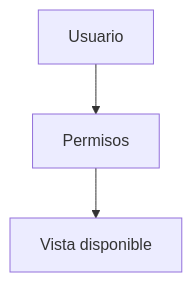
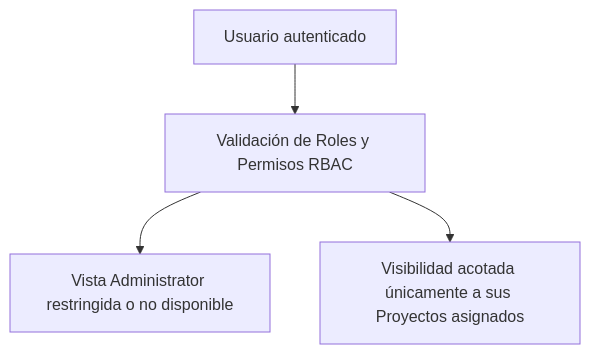
One commit to ieftraining/curso-openshift changed the sixth of 7 diagrams in docs/sesion1/1.6 Consola web.md. Above: the diagram before and after it, drawn with Mermaid. The commit also changed other lines of this file, not shown here.

````diff
--- a/docs/sesion1/1.6 Consola web.md
+++ b/docs/sesion1/1.6 Consola web.md
@@ -144,6 +172,6 @@
 ```mermaid
 flowchart TD
-    U[Usuario]
-    --> P[Permisos]
-    --> V[Vista disponible]
+    U[Usuario autenticado] --> P[Validación de Roles y Permisos RBAC]
+    P --> C1[Vista Administrator restringida o no disponible]
+    P --> C2[Visibilidad acotada únicamente a sus Proyectos asignados]
 ```
````
